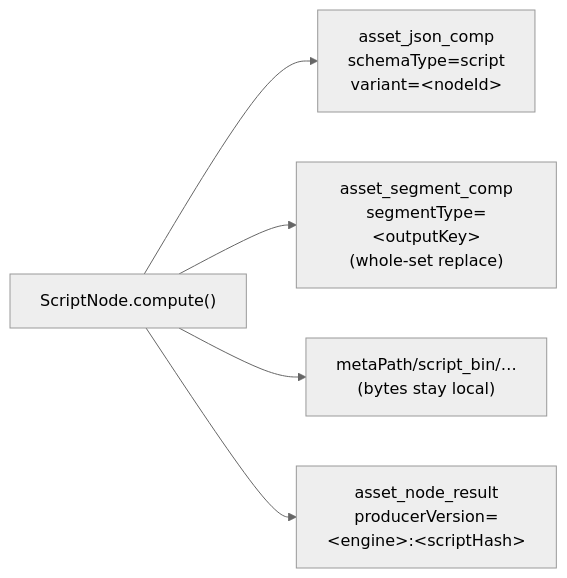
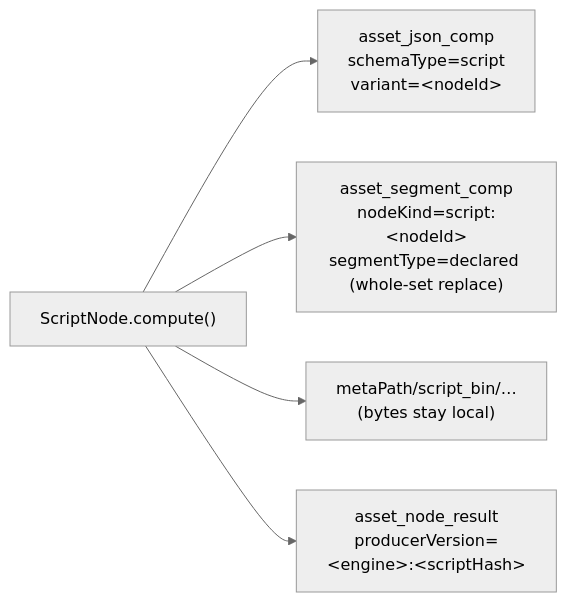
One commit to metaloom/metaloom changed the diagram in spec/features/pipeline-nodes/NODE_SCRIPT_PLAN.md. Above: the diagram before and after it, drawn with Mermaid (neutral theme). The commit also changed other lines of this file and 53 other files, not shown here.

````diff
--- a/spec/features/pipeline-nodes/NODE_SCRIPT_PLAN.md
+++ b/spec/features/pipeline-nodes/NODE_SCRIPT_PLAN.md
@@ -453,7 +206,7 @@
 ```mermaid
 graph LR
     S["ScriptNode.compute()"] --> J["asset_json_comp<br/>schemaType=script<br/>variant=&lt;nodeId&gt;"]
-    S --> G["asset_segment_comp<br/>segmentType=&lt;outputKey&gt;<br/>(whole-set replace)"]
+    S --> G["asset_segment_comp<br/>nodeKind=script:&lt;nodeId&gt;<br/>segmentType=declared (whole-set replace)"]
     S --> B["metaPath/script_bin/…<br/>(bytes stay local)"]
     S --> L["asset_node_result<br/>producerVersion=&lt;engine&gt;:&lt;scriptHash&gt;"]
 ```
````
